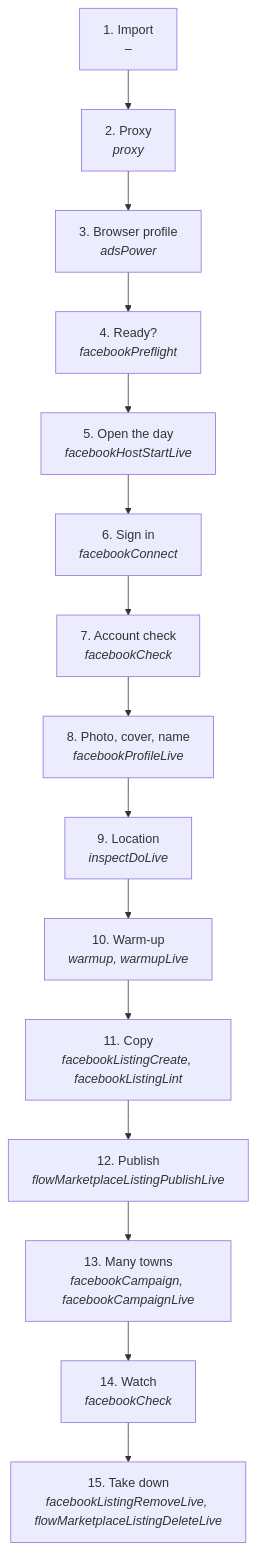
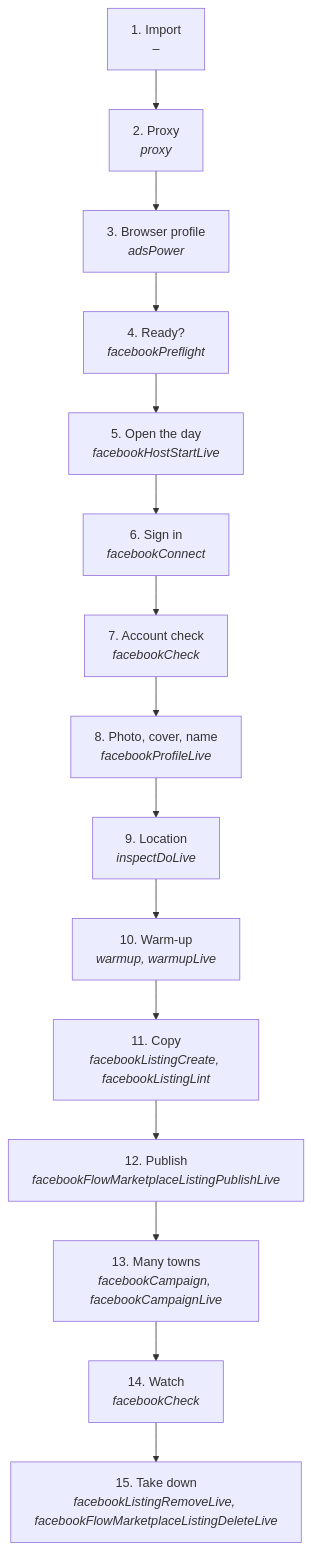
Before and after one commit to matthewdonsemail-lab/log: the second of 3 diagrams in docs/useCases/facebook/marketplaceListings.md, drawn with Mermaid. The commit also changed other lines of this file and 267 other files, not shown here.

````diff
--- a/docs/useCases/facebook/marketplaceListings.md
+++ b/docs/useCases/facebook/marketplaceListings.md
@@ -37,32 +37,32 @@
 ```mermaid
 flowchart TD
   s0["1. Import<br/><i>–</i>"]
   s1["2. Proxy<br/><i>proxy</i>"]
   s2["3. Browser profile<br/><i>adsPower</i>"]
   s3["4. Ready?<br/><i>facebookPreflight</i>"]
   s4["5. Open the day<br/><i>facebookHostStartLive</i>"]
   s5["6. Sign in<br/><i>facebookConnect</i>"]
   s6["7. Account check<br/><i>facebookCheck</i>"]
   s7["8. Photo, cover, name<br/><i>facebookProfileLive</i>"]
   s8["9. Location<br/><i>inspectDoLive</i>"]
   s9["10. Warm-up<br/><i>warmup, warmupLive</i>"]
   s10["11. Copy<br/><i>facebookListingCreate, facebookListingLint</i>"]
-  s11["12. Publish<br/><i>flowMarketplaceListingPublishLive</i>"]
+  s11["12. Publish<br/><i>facebookFlowMarketplaceListingPublishLive</i>"]
   s12["13. Many towns<br/><i>facebookCampaign, facebookCampaignLive</i>"]
   s13["14. Watch<br/><i>facebookCheck</i>"]
-  s14["15. Take down<br/><i>facebookListingRemoveLive, flowMarketplaceListingDeleteLive</i>"]
+  s14["15. Take down<br/><i>facebookListingRemoveLive, facebookFlowMarketplaceListingDeleteLive</i>"]
   s0 --> s1
   s1 --> s2
   s2 --> s3
   s3 --> s4
   s4 --> s5
   s5 --> s6
   s6 --> s7
   s7 --> s8
   s8 --> s9
   s9 --> s10
   s10 --> s11
   s11 --> s12
   s12 --> s13
   s13 --> s14
 ```
````
